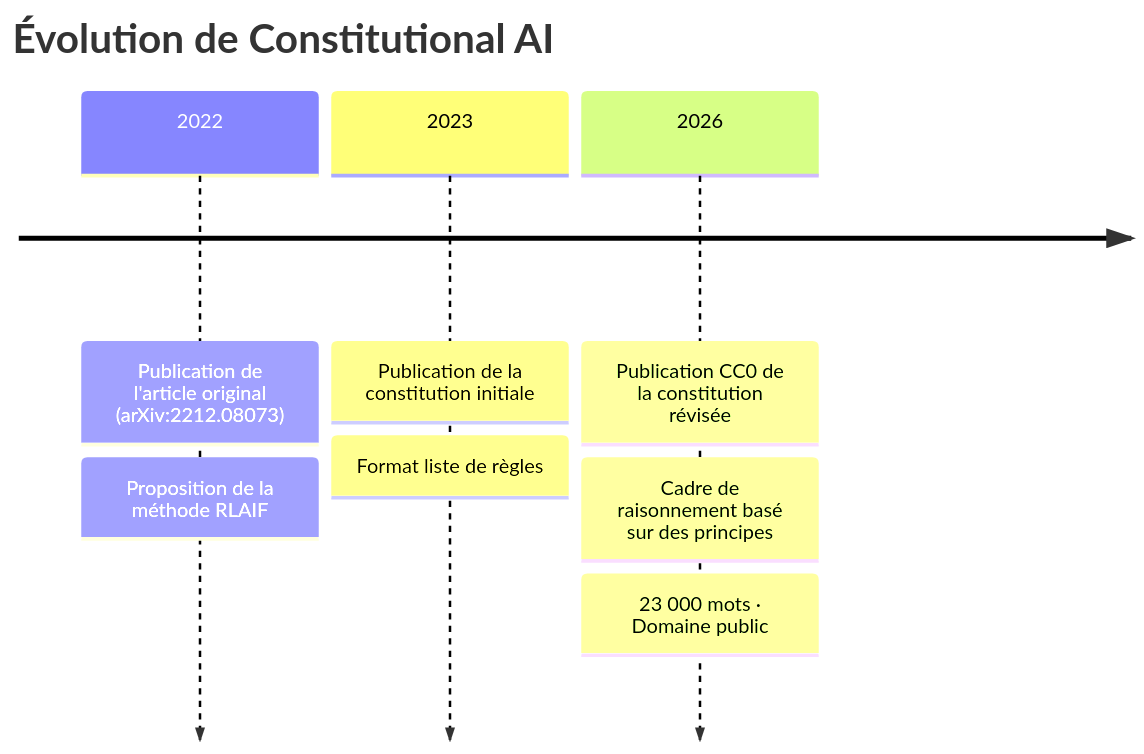
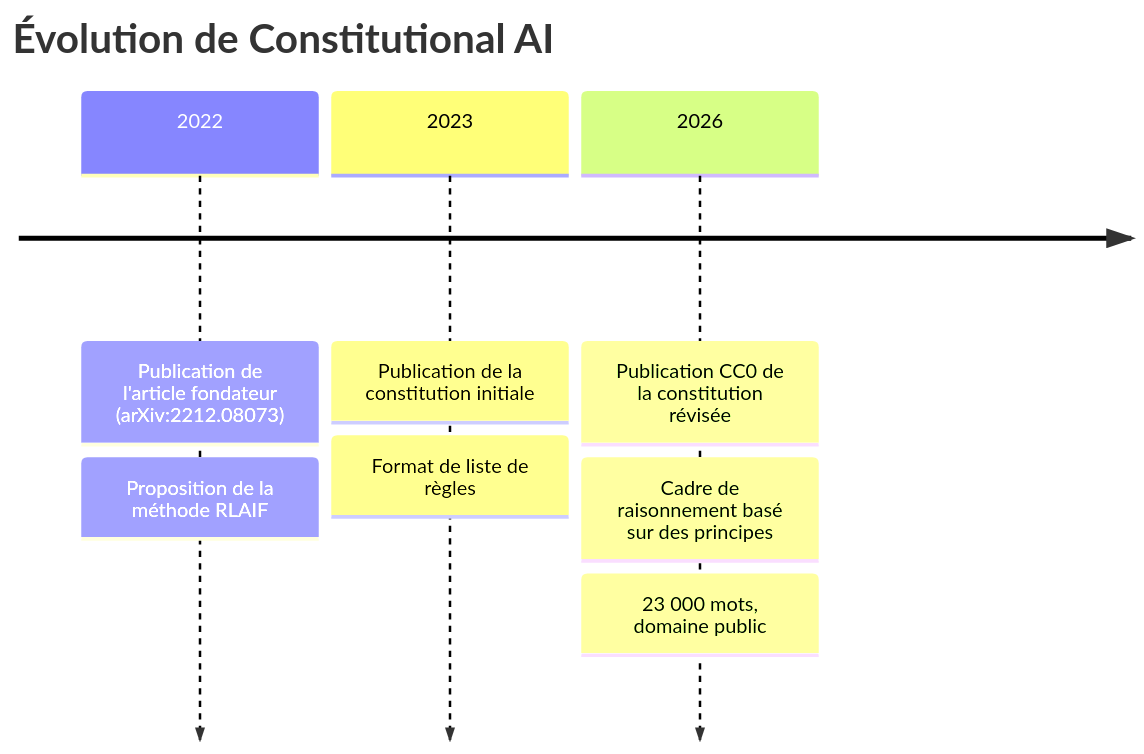
One commit to no-problem-dev/rick-brick-content changed the second of 2 diagrams in articles/fr/2026-03-18-anthropic-constitutional-ai-cc0-open.md. Above: the diagram before and after it, drawn with Mermaid. The commit also changed other lines of this file and 126 other files, not shown here.

````diff
--- a/articles/fr/2026-03-18-anthropic-constitutional-ai-cc0-open.md
+++ b/articles/fr/2026-03-18-anthropic-constitutional-ai-cc0-open.md
@@ -132,11 +137,11 @@
 ```mermaid
 timeline
     title Évolution de Constitutional AI
-    2022 : Publication de l'article original (arXiv:2212.08073)
+    2022 : Publication de l'article fondateur (arXiv:2212.08073)
          : Proposition de la méthode RLAIF
     2023 : Publication de la constitution initiale
-         : Format liste de règles
+         : Format de liste de règles
     2026 : Publication CC0 de la constitution révisée
          : Cadre de raisonnement basé sur des principes
-         : 23 000 mots · Domaine public
+         : 23 000 mots, domaine public
 ```
````
